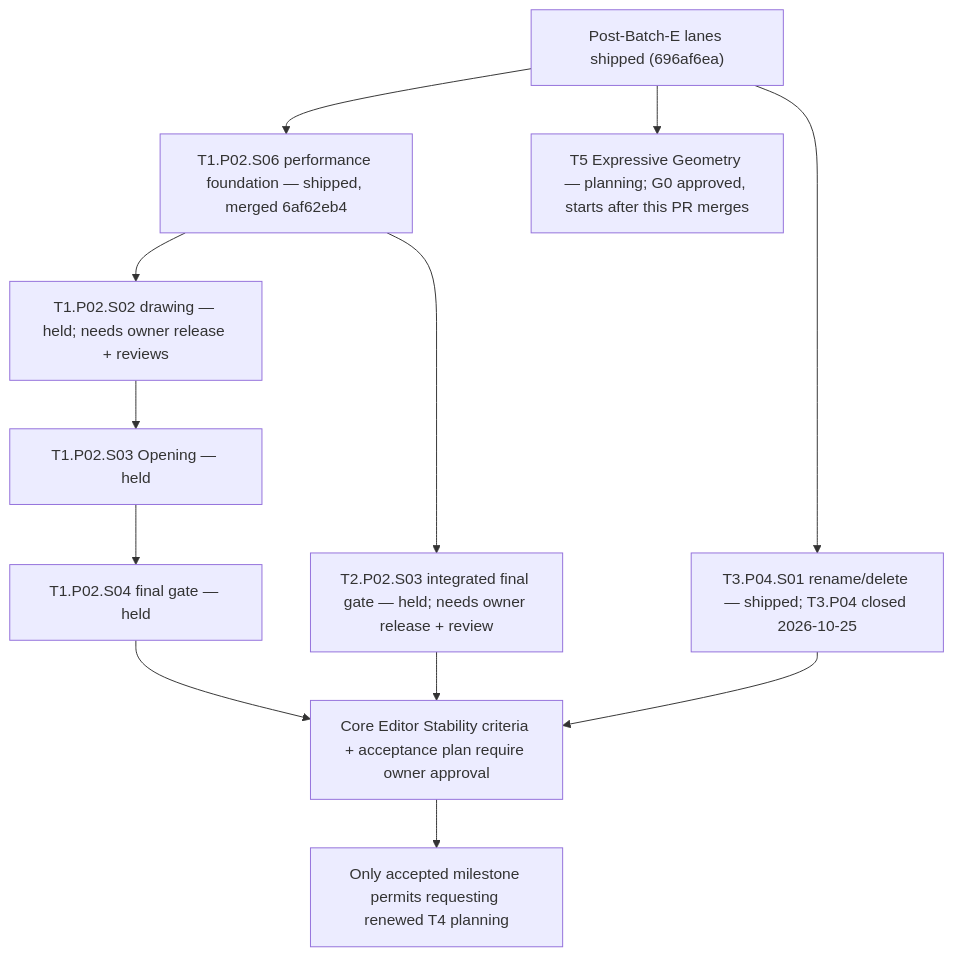
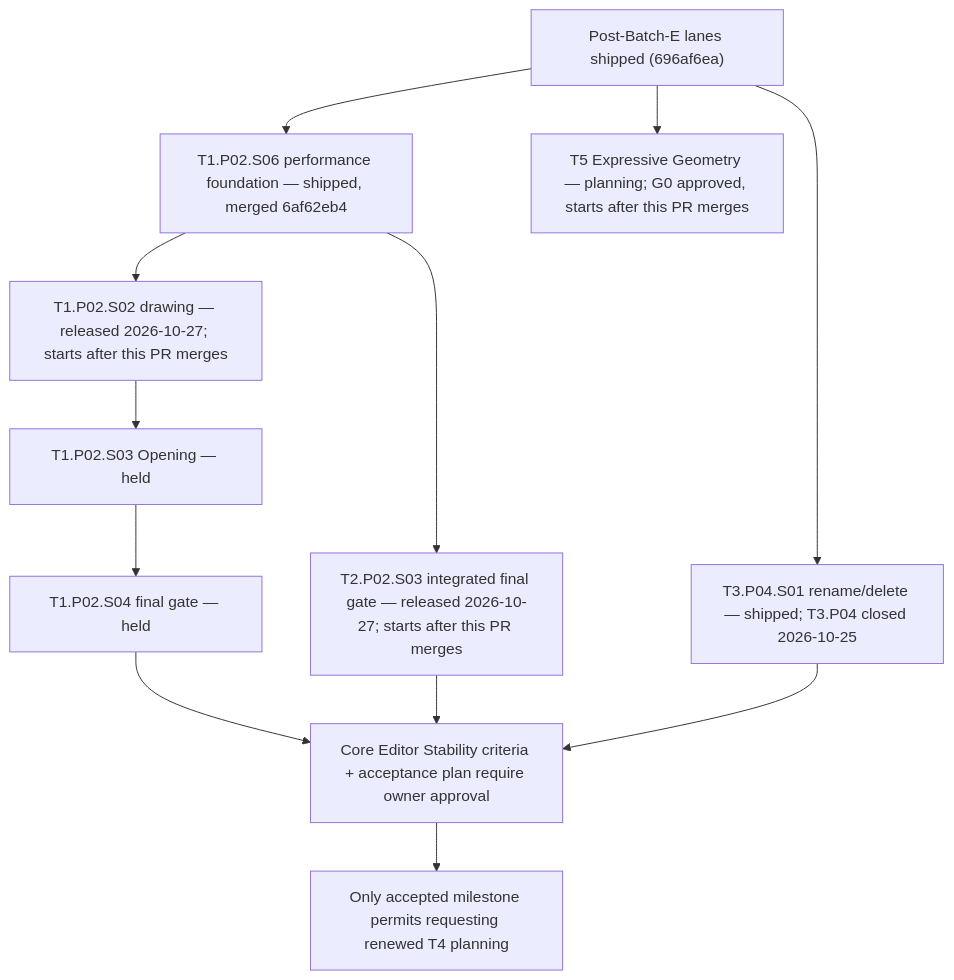
The diagram in docs/roadmap/cross-track-execution.md (Biskiq/spatial-sketch-editor), drawn with Mermaid before and after one commit. The commit also changed other lines of this file and 17 other files, not shown here.

First line of the commit message:
docs(roadmap): authorize the next wave and reconcile the release list

````diff
--- a/docs/roadmap/cross-track-execution.md
+++ b/docs/roadmap/cross-track-execution.md
@@ -81,15 +83,15 @@
 ```mermaid
 flowchart TD
   B["Post-Batch-E lanes shipped (696af6ea)"]
   B --> P["T1.P02.S06 performance foundation — shipped, merged 6af62eb4"]
-  P --> D["T1.P02.S02 drawing — held; needs owner release + reviews"]
+  P -->  D["T1.P02.S02 drawing — released 2026-10-27; starts after this PR merges"]
   D --> O["T1.P02.S03 Opening — held"]
   O --> F["T1.P02.S04 final gate — held"]
-  P --> IF["T2.P02.S03 integrated final gate — held; needs owner release + review"]
+  P -->  IF["T2.P02.S03 integrated final gate — released 2026-10-27; starts after this PR merges"]
   B --> C["T3.P04.S01 rename/delete — shipped; T3.P04 closed 2026-10-25"]
   B --> T5["T5 Expressive Geometry — planning; G0 approved, starts after this PR merges"]
   F --> CES["Core Editor Stability criteria + acceptance plan require owner approval"]
   IF --> CES
   C --> CES
   CES --> T4["Only accepted milestone permits requesting renewed T4 planning"]
 ```
````
